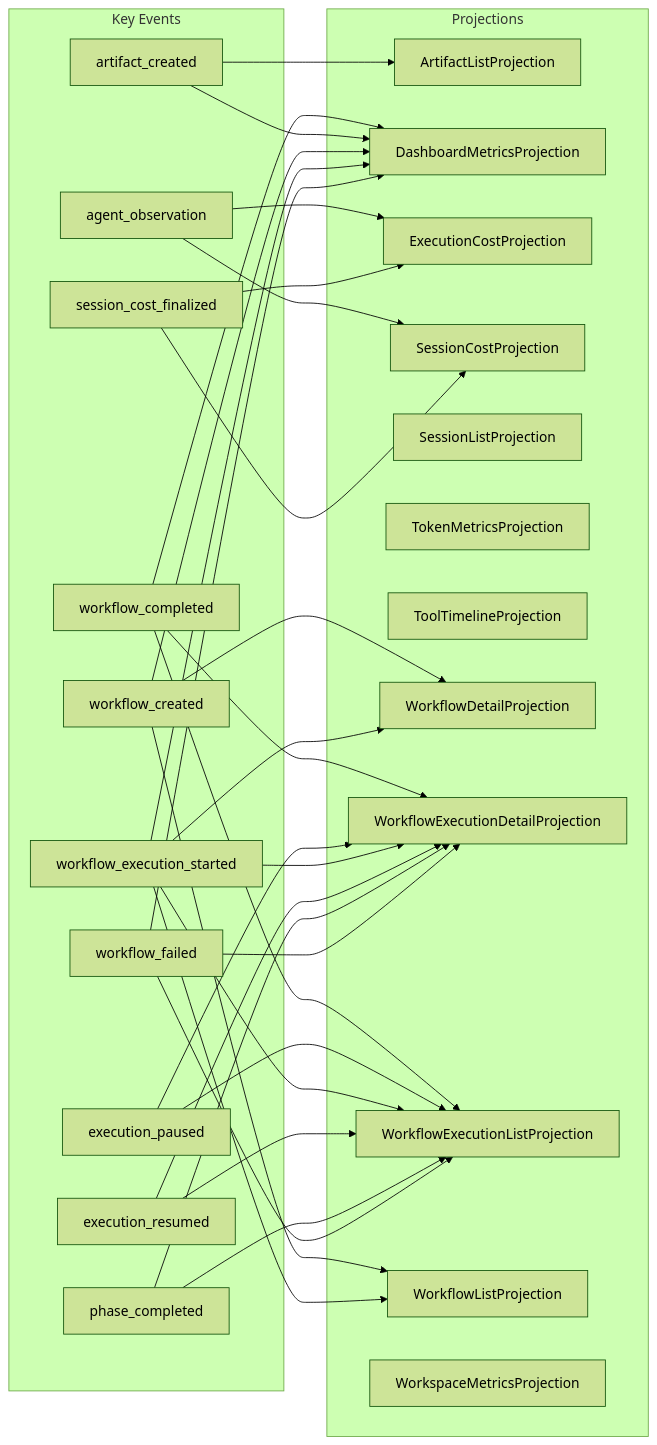
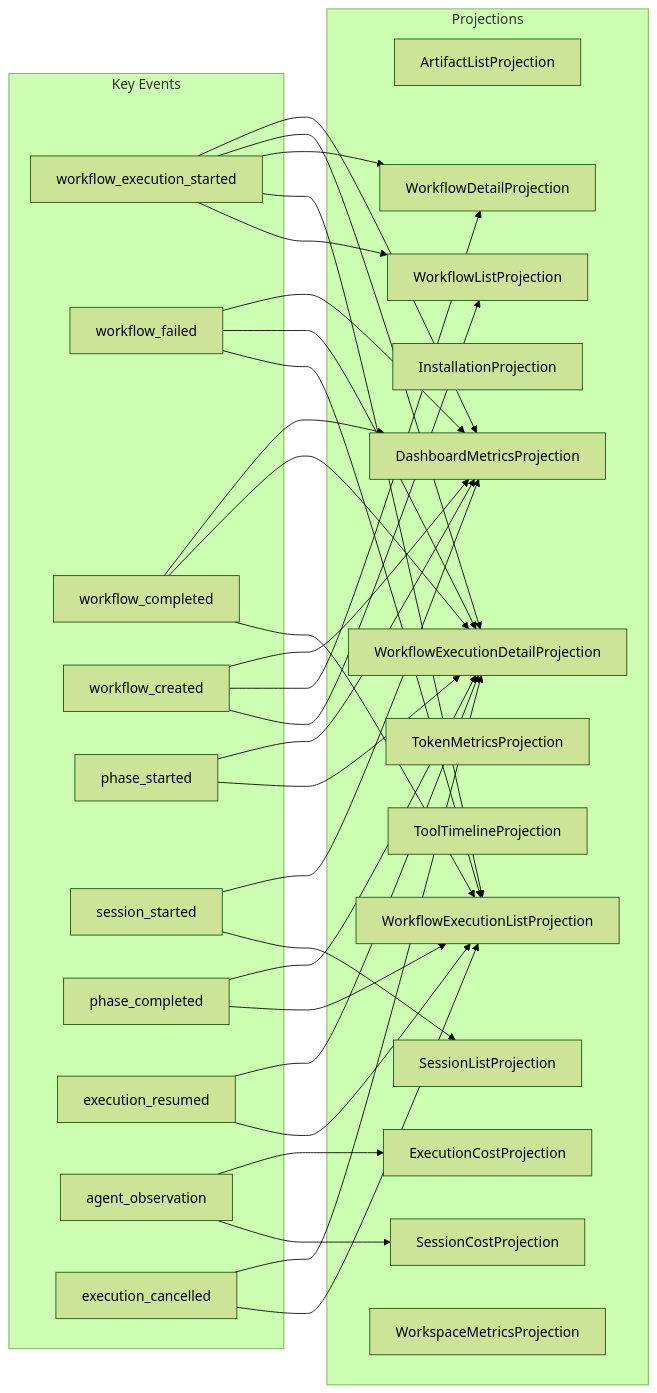
The diagram in docs/architecture/projection-subscriptions.md (syntropic137/syntropic137), drawn with Mermaid (forest theme) before and after one commit. The commit also changed other lines of this file and 2 other files, not shown here.

Commit message:
fix(vsa): update manifest after scanner fixes for Copilot review
Updates from es-p commit 06500c7:
- Fixed false positive `and_phase` from mid-word `on_` matching
- Improved snake_case validation (word components vs length)
- Added snake_case support to handle_* and subscribed_events patterns

Manifest now correctly extracts only valid event subscriptions.

Submodule: lib/event-sourcing-platform → 06500c7

````diff
--- a/docs/architecture/projection-subscriptions.md
+++ b/docs/architecture/projection-subscriptions.md
@@ -15,57 +15,58 @@
 ```mermaid
 graph LR
     subgraph events["Key Events"]
         e1[workflow_execution_started]
-        e2[workflow_completed]
-        e3[workflow_created]
-        e4[workflow_failed]
-        e5[agent_observation]
-        e6[execution_paused]
-        e7[artifact_created]
+        e2[workflow_failed]
+        e3[workflow_completed]
+        e4[workflow_created]
+        e5[phase_started]
+        e6[session_started]
+        e7[phase_completed]
         e8[execution_resumed]
-        e9[session_cost_finalized]
-        e10[phase_completed]
+        e9[agent_observation]
+        e10[execution_cancelled]
     end
 
     subgraph projections["Projections"]
         p1[ArtifactListProjection]
         p2[DashboardMetricsProjection]
         p3[ExecutionCostProjection]
-        p4[SessionCostProjection]
-        p5[SessionListProjection]
-        p6[TokenMetricsProjection]
-        p7[ToolTimelineProjection]
-        p8[WorkflowDetailProjection]
-        p9[WorkflowExecutionDetailProjection]
-        p10[WorkflowExecutionListProjection]
-        p11[WorkflowListProjection]
-        p12[WorkspaceMetricsProjection]
+        p4[InstallationProjection]
+        p5[SessionCostProjection]
+        p6[SessionListProjection]
+        p7[TokenMetricsProjection]
+        p8[ToolTimelineProjection]
+        p9[WorkflowDetailProjection]
+        p10[WorkflowExecutionDetailProjection]
+        p11[WorkflowExecutionListProjection]
+        p12[WorkflowListProjection]
+        p13[WorkspaceMetricsProjection]
     end
 
-    e5 --> p3
-    e5 --> p4
+    e5 --> p2
+    e5 --> p10
+    e6 --> p2
+    e6 --> p6
     e2 --> p2
-    e2 --> p9
     e2 --> p10
-    e6 --> p9
-    e6 --> p10
-    e7 --> p2
-    e7 --> p1
+    e2 --> p11
+    e7 --> p10
+    e7 --> p11
+    e8 --> p10
+    e8 --> p11
     e3 --> p2
-    e3 --> p8
+    e3 --> p10
     e3 --> p11
     e1 --> p2
+    e1 --> p10
     e1 --> p9
-    e1 --> p8
-    e1 --> p10
     e1 --> p11
-    e8 --> p9
-    e8 --> p10
+    e1 --> p12
     e9 --> p3
-    e9 --> p4
-    e10 --> p9
+    e9 --> p5
     e10 --> p10
+    e10 --> p11
     e4 --> p2
     e4 --> p9
-    e4 --> p10
+    e4 --> p12
 ```
````
